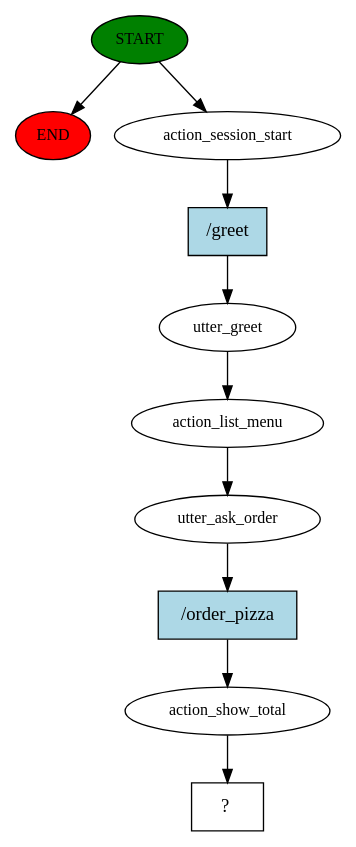
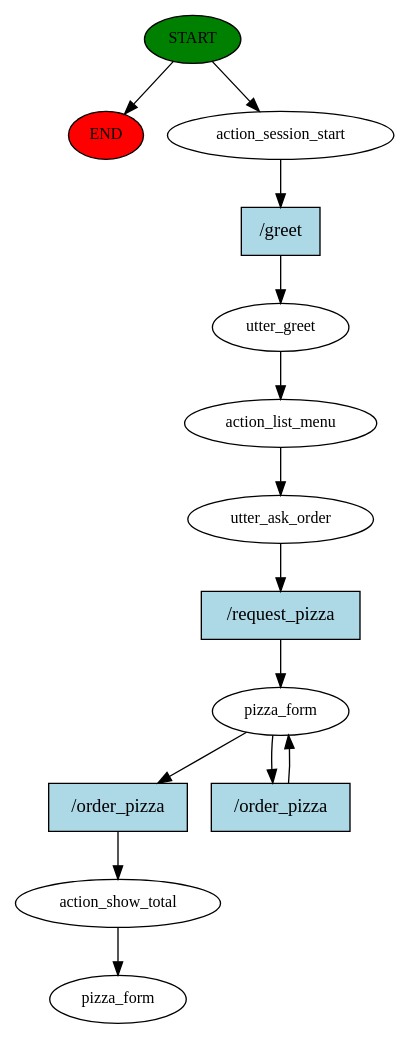
The diagram in story_graph.dot (ju-resplande/rasa), drawn with Graphviz before and after one commit.

```diff
--- a/story_graph.dot
+++ b/story_graph.dot
@@ -1,21 +1,28 @@
 digraph  {
 0 [class="start active", fillcolor=green, fontsize=12, label=START, style=filled];
 "-1" [class=end, fillcolor=red, fontsize=12, label=END, style=filled];
 1 [class=active, fontsize=12, label=action_session_start];
 2 [class=active, fontsize=12, label=utter_greet];
 3 [class=active, fontsize=12, label=action_list_menu];
 4 [class=active, fontsize=12, label=utter_ask_order];
-5 [class=active, fontsize=12, label=action_show_total];
-6 [class="intent dashed active", label="  ?  ", shape=rect];
-7 [class="intent active", fillcolor=lightblue, label="/greet", shape=rect, style=filled];
-8 [class="intent active", fillcolor=lightblue, label="/order_pizza", shape=rect, style=filled];
+5 [class=active, fontsize=12, label=pizza_form];
+7 [class=active, fontsize=12, label=action_show_total];
+8 [class="dashed active", fontsize=12, label=pizza_form];
+9 [class="intent active", fillcolor=lightblue, label="/greet", shape=rect, style=filled];
+10 [class="intent active", fillcolor=lightblue, label="/request_pizza", shape=rect, style=filled];
+11 [class="intent active", fillcolor=lightblue, label="/order_pizza", shape=rect, style=filled];
+12 [class="intent active", fillcolor=lightblue, label="/order_pizza", shape=rect, style=filled];
 0 -> "-1"  [class="", key=NONE, label=""];
 0 -> 1  [class=active, key=NONE, label=""];
-1 -> 7  [class=active, key=0];
+1 -> 9  [class=active, key=0];
 2 -> 3  [class=active, key=NONE, label=""];
 3 -> 4  [class=active, key=NONE, label=""];
-4 -> 8  [class=active, key=0];
-5 -> 6  [class=active, key=NONE, label=""];
-7 -> 2  [class=active, key=0];
-8 -> 5  [class=active, key=0];
+4 -> 10  [class=active, key=0];
+5 -> 11  [class=active, key=0];
+5 -> 12  [class=active, key=0];
+7 -> 8  [class=active, key=NONE, label=""];
+9 -> 2  [class=active, key=0];
+10 -> 5  [class=active, key=0];
+11 -> 7  [class=active, key=0];
+12 -> 5  [class=active, key=0];
 }
```
